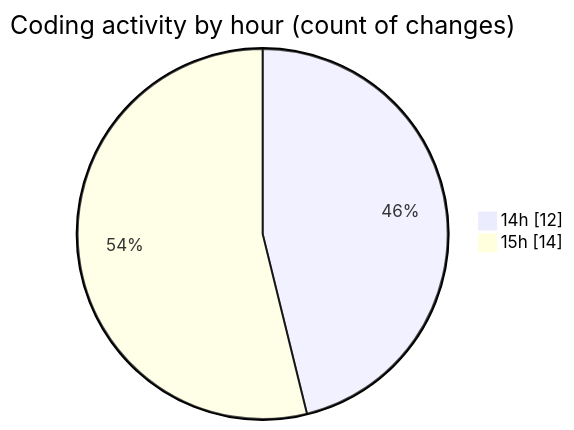
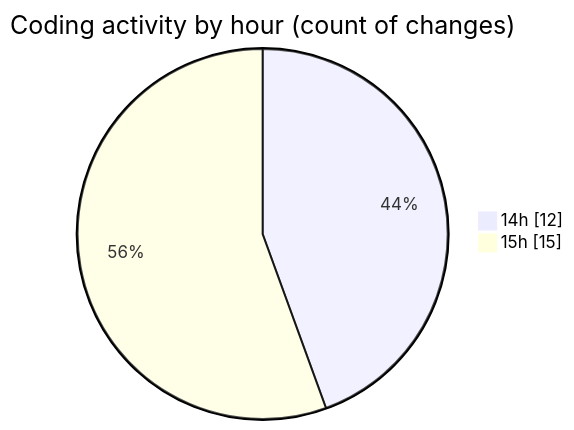
The second of 2 diagrams in 2025-08-10/rentotp/README.md (lephambinh05/code-tracking), drawn with Mermaid before and after one commit. The commit also changed other lines of this file and 1 other file, not shown here.

````diff
--- a/2025-08-10/rentotp/README.md
+++ b/2025-08-10/rentotp/README.md
@@ -33,6 +33,6 @@
 ```mermaid
 pie showData
 title Coding activity by hour (count of changes)
 "14h" : 12
-"15h" : 14
+"15h" : 15
 ```
````
